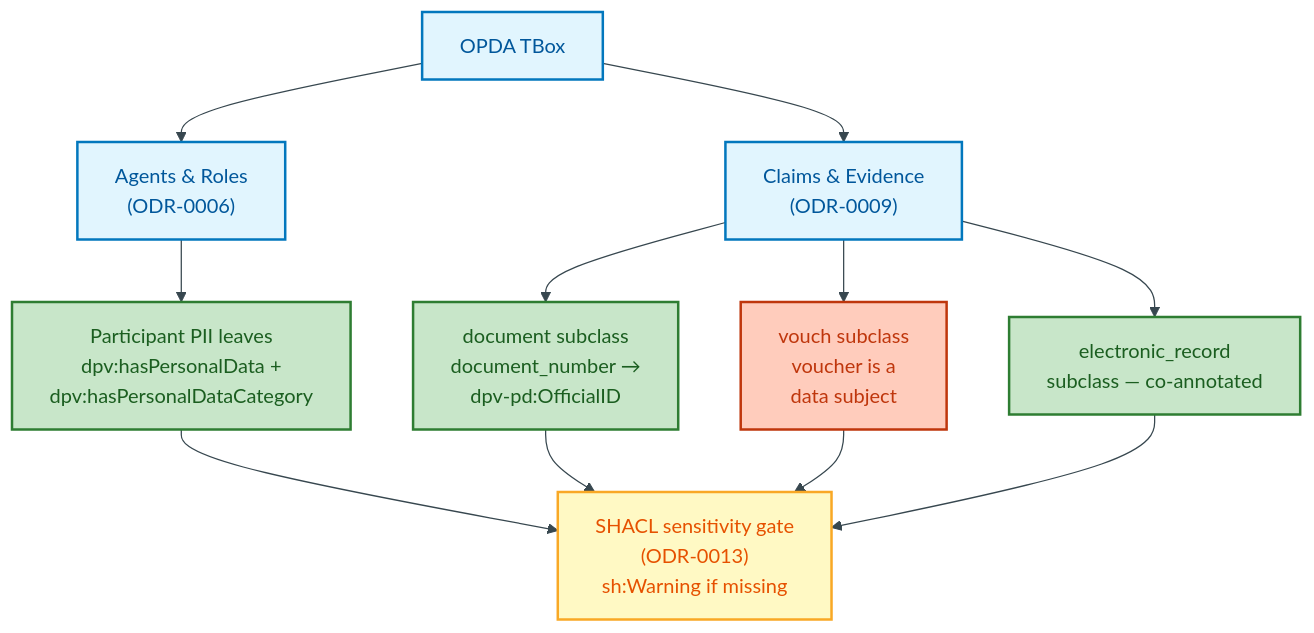
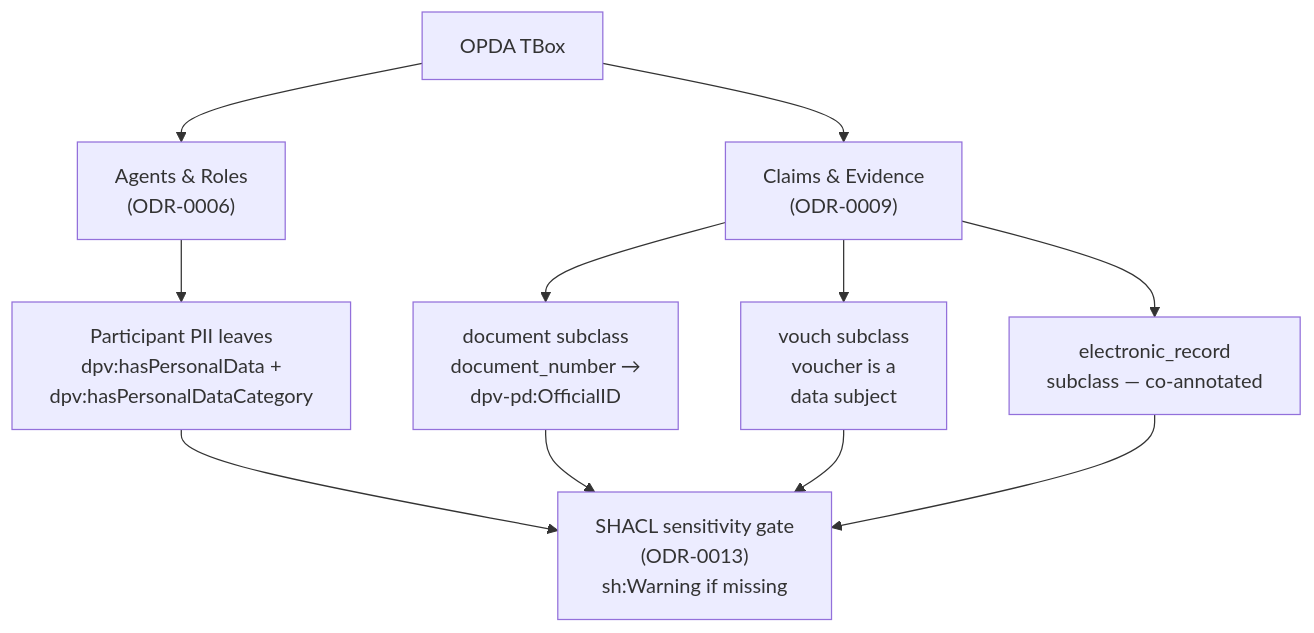
Before and after one commit to sparkling/opda: the second of 4 diagrams in docs/ontology/odr/ODR-0012-data-governance-layer.md, drawn with Mermaid. The commit also changed other lines of this file and 25 other files, not shown here.

````diff
--- a/docs/ontology/odr/ODR-0012-data-governance-layer.md
+++ b/docs/ontology/odr/ODR-0012-data-governance-layer.md
@@ -79,24 +74,19 @@
 ```mermaid
-%%{init:{"theme":"base","themeVariables":{"primaryColor":"#E3F2FD","primaryTextColor":"#0D47A1","primaryBorderColor":"#1565C0","lineColor":"#37474F"}}}%%
 flowchart TD
     accTitle: Governance annotation attachment points
     accDescr: Shows where DPV annotations attach to participant classes and to ODR-0009 evidence subclasses in the TBox.
-    classDef process fill:#E1F5FE,stroke:#0277BD,stroke-width:2px,color:#01579B
-    classDef decision fill:#FFF9C4,stroke:#F9A825,stroke-width:2px,color:#E65100
-    classDef output fill:#C8E6C9,stroke:#2E7D32,stroke-width:2px,color:#1B5E20
-    classDef special fill:#FFCCBC,stroke:#BF360C,stroke-width:2px,color:#BF360C
 
     TBox["OPDA TBox"]:::process
     TBox --> Agents["Agents & Roles<br/>(ODR-0006)"]:::process
     TBox --> Evidence["Claims & Evidence<br/>(ODR-0009)"]:::process
 
-    Agents --> PA["Participant PII leaves<br/>dpv:hasPersonalData +<br/>dpv:hasPersonalDataCategory"]:::output
-    Evidence --> Doc["document subclass<br/>document_number →<br/>dpv-pd:OfficialID"]:::output
-    Evidence --> Vouch["vouch subclass<br/>voucher is a<br/>data subject"]:::special
-    Evidence --> ELec["electronic_record<br/>subclass — co-annotated"]:::output
+    Agents --> PA["Participant PII leaves<br/>dpv:hasPersonalData +<br/>dpv:hasPersonalDataCategory"]:::success
+    Evidence --> Doc["document subclass<br/>document_number →<br/>dpv-pd:OfficialID"]:::success
+    Evidence --> Vouch["vouch subclass<br/>voucher is a<br/>data subject"]:::error
+    Evidence --> ELec["electronic_record<br/>subclass — co-annotated"]:::success
 
-    PA --> SHACL["SHACL sensitivity gate<br/>(ODR-0013)<br/>sh:Warning if missing"]:::decision
+    PA --> SHACL["SHACL sensitivity gate<br/>(ODR-0013)<br/>sh:Warning if missing"]:::warning
     Doc --> SHACL
     Vouch --> SHACL
     ELec --> SHACL
 ```
````
